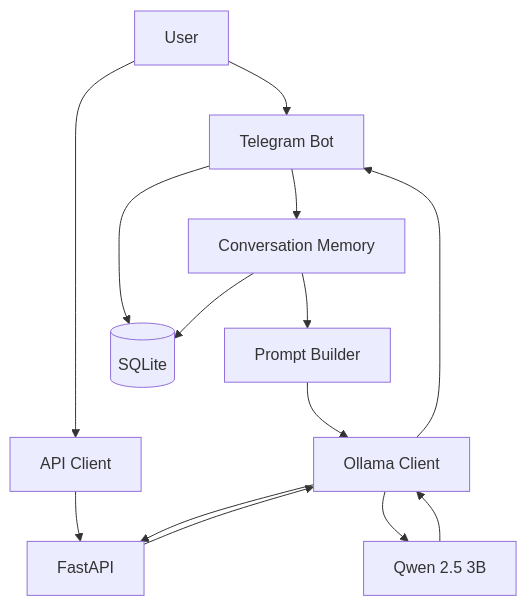
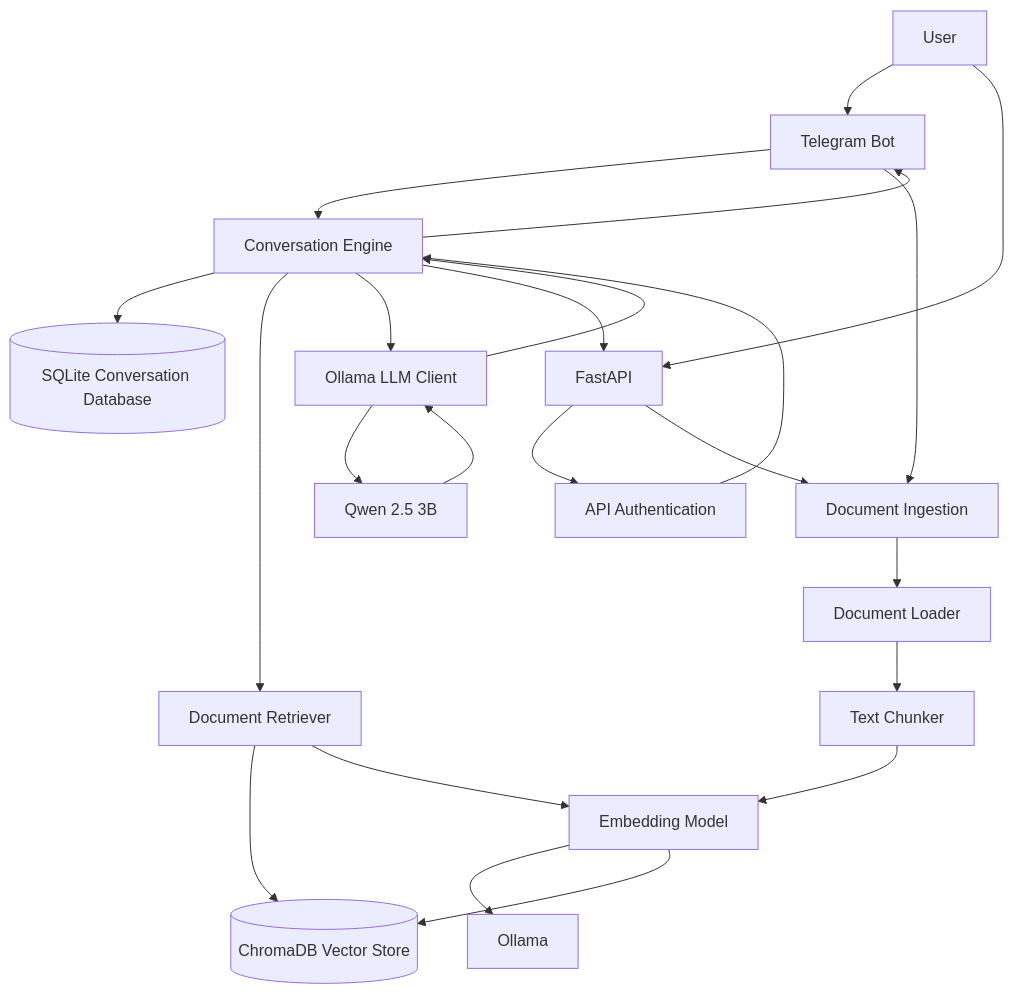
One commit to chanura-madushan/AtlasGPT changed the diagram in README.md. Above: the diagram before and after it, drawn with Mermaid. The commit also changed other lines of this file, not shown here.

````diff
--- a/README.md
+++ b/README.md
@@ -48,16 +67,32 @@
 ```mermaid
 flowchart TD
     U[User] --> T[Telegram Bot]
-    U --> C[API Client]
-    T --> M[Conversation Memory]
-    M --> P[Prompt Builder]
-    P --> L[Ollama Client]
-    C --> A[FastAPI]
-    A --> L
-    L --> Q[Qwen 2.5 3B]
-    Q --> L
-    L --> T
-    L --> A
-    T --> D[(SQLite)]
-    M --> D
+    U --> API[FastAPI]
+
+    T --> CE[Conversation Engine]
+    API --> AUTH[API Authentication]
+    AUTH --> CE
+
+    CE --> DB[(SQLite Conversation Database)]
+    CE --> RET[Document Retriever]
+
+    RET --> VS[(ChromaDB Vector Store)]
+    RET --> EMB[Embedding Model]
+    EMB --> O[Ollama]
+
+    CE --> LLM[Ollama LLM Client]
+    LLM --> Q[Qwen 2.5 3B]
+    Q --> LLM
+
+    LLM --> CE
+    CE --> T
+    CE --> API
+
+    T --> ING[Document Ingestion]
+    API --> ING
+
+    ING --> DL[Document Loader]
+    DL --> CH[Text Chunker]
+    CH --> EMB
+    EMB --> VS
 ```
````
